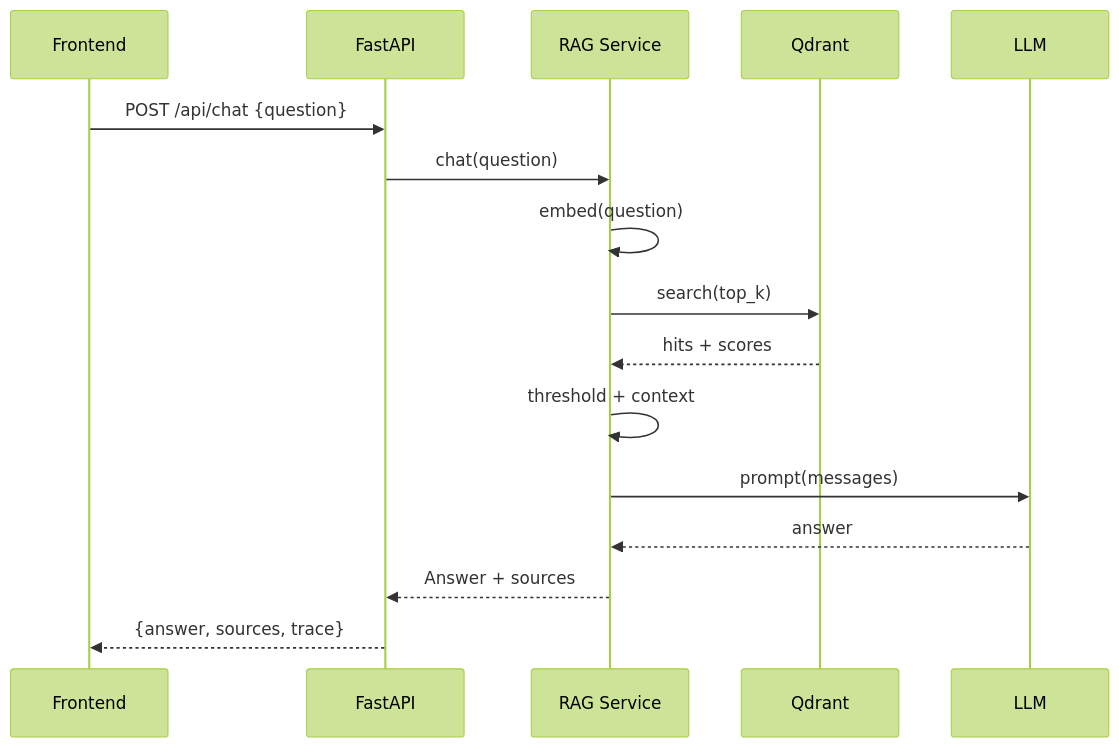
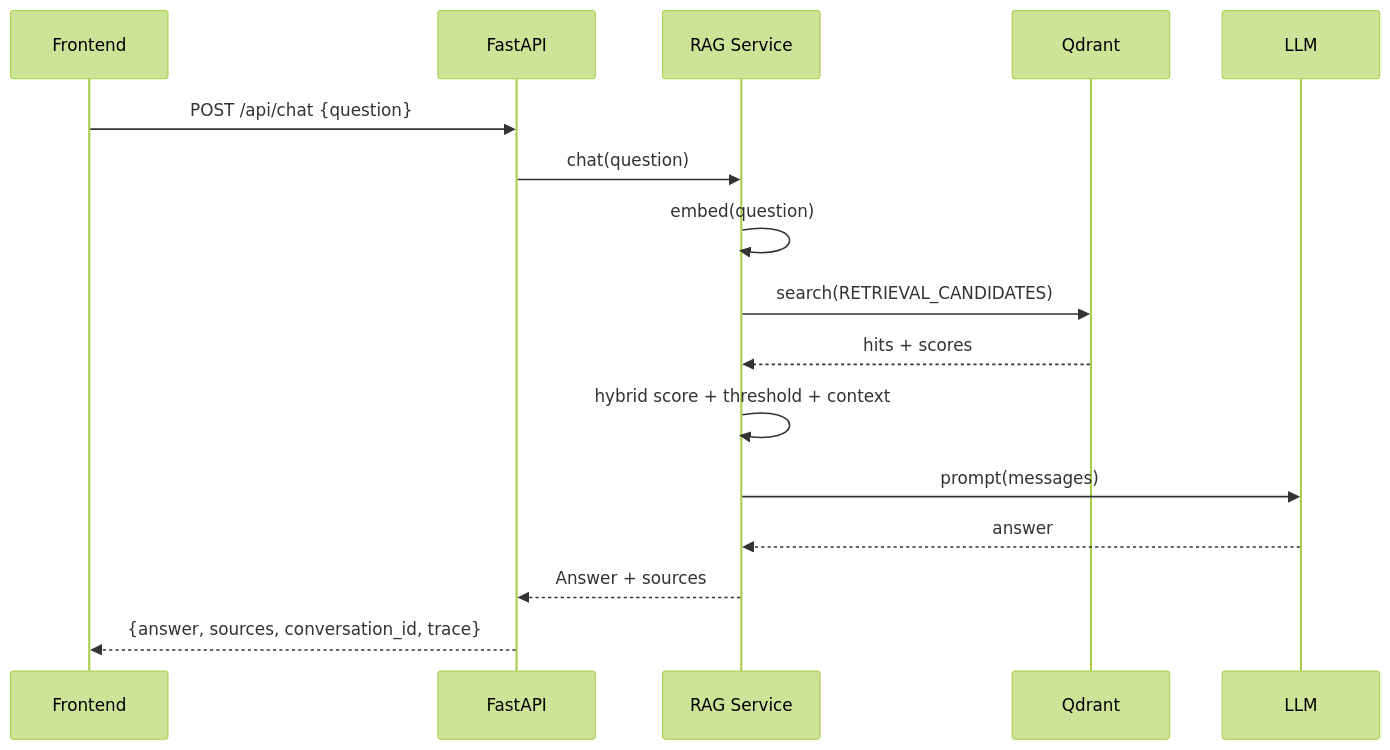
Before and after one commit to suryansh24-coder/HR-RAG-: the third of 4 diagrams in docs/ARCHITECTURE.md, drawn with Mermaid (forest theme). The commit also changed other lines of this file and 62 other files, not shown here.

````diff
--- a/docs/ARCHITECTURE.md
+++ b/docs/ARCHITECTURE.md
@@ -194,19 +238,19 @@
 ```mermaid
 sequenceDiagram
     participant F as Frontend
     participant B as FastAPI
     participant R as RAG Service
     participant V as Qdrant
     participant L as LLM
 
     F->>B: POST /api/chat {question}
     B->>R: chat(question)
     R->>R: embed(question)
-    R->>V: search(top_k)
+    R->>V: search(RETRIEVAL_CANDIDATES)
     V-->>R: hits + scores
-    R->>R: threshold + context
+    R->>R: hybrid score + threshold + context
     R->>L: prompt(messages)
     L-->>R: answer
     R-->>B: Answer + sources
-    B-->>F: {answer, sources, trace}
+    B-->>F: {answer, sources, conversation_id, trace}
 ```
````
